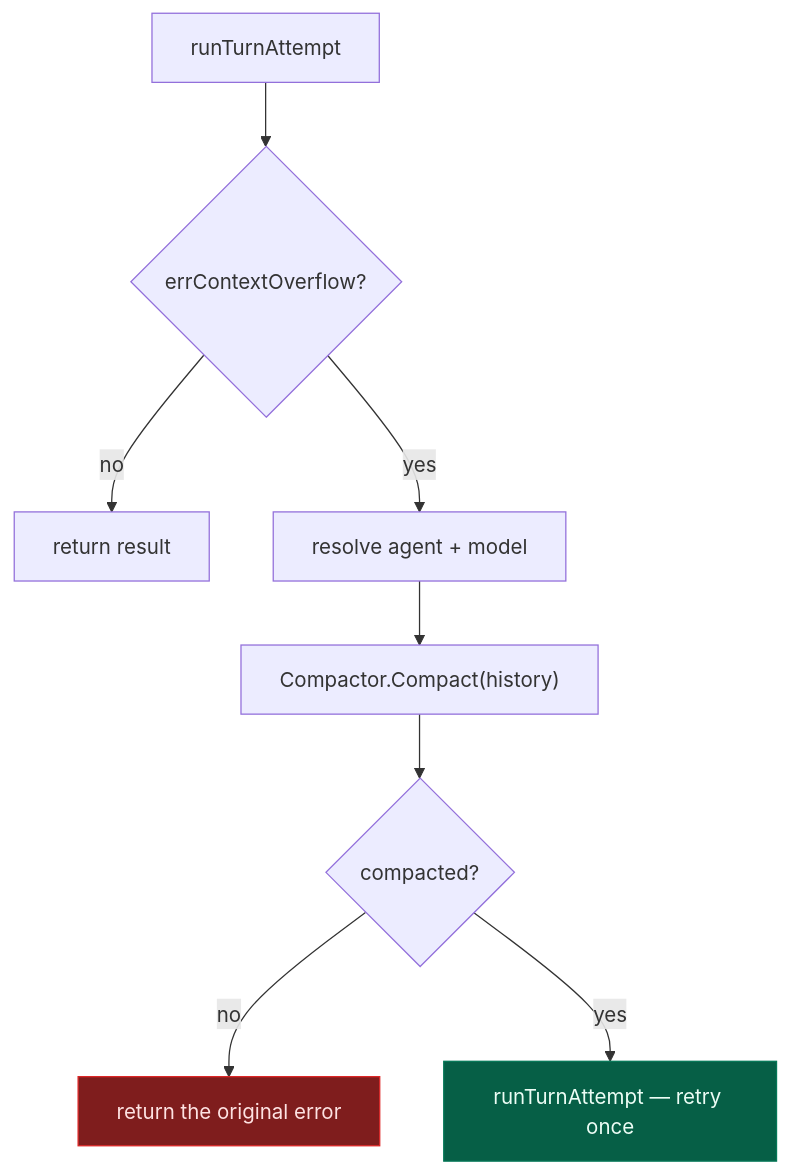
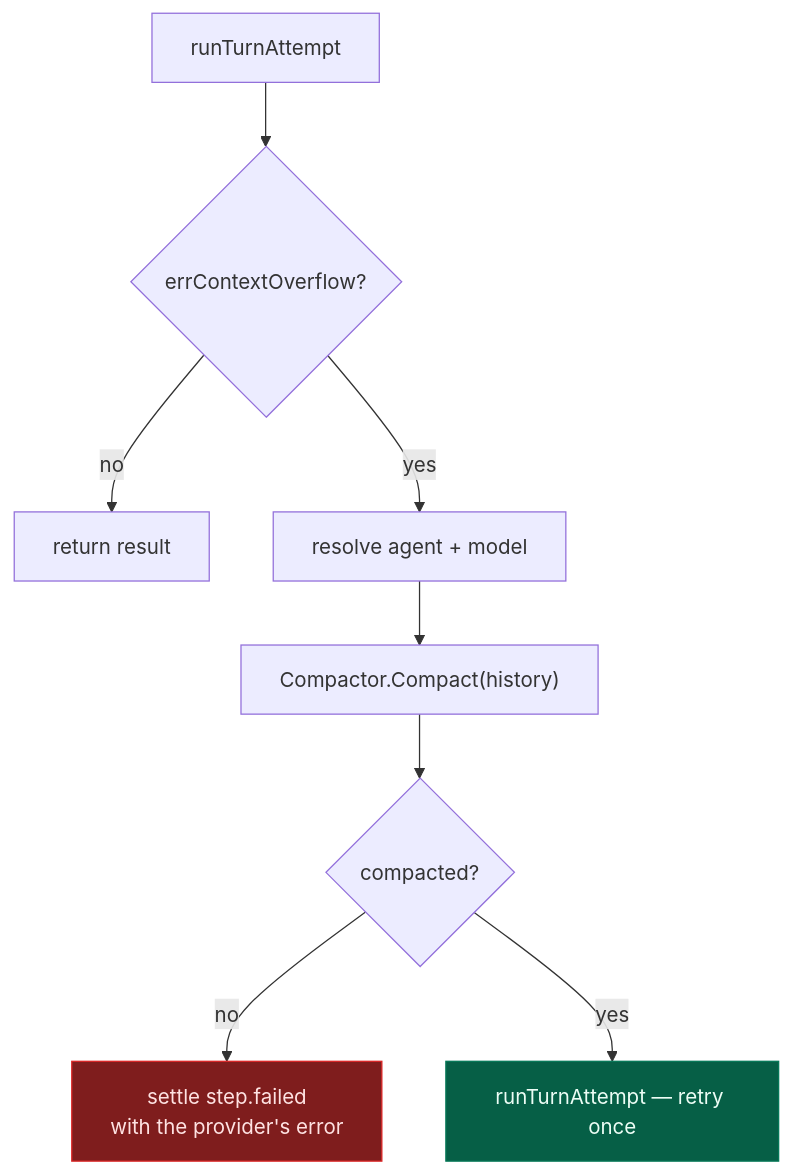
One commit to langazov/gocode changed the third of 5 diagrams in documentation/03-session-runner.md. Above: the diagram before and after it, drawn with Mermaid. The commit also changed other lines of this file and 10 other files, not shown here.

````diff
--- a/documentation/03-session-runner.md
+++ b/documentation/03-session-runner.md
@@ -183,13 +191,13 @@
 ```mermaid
 flowchart TD
   A["runTurnAttempt"] --> B{"errContextOverflow?"}
   B -->|no| Z["return result"]
   B -->|yes| C["resolve agent + model"]
   C --> D["Compactor.Compact(history)"]
   D --> E{"compacted?"}
-  E -->|no| F["return the original error"]
+  E -->|no| F["settle step.failed<br/>with the provider's error"]
   E -->|yes| G["runTurnAttempt — retry once"]
 
   style G fill:#065f46,stroke:#047857,color:#ecfdf5
   style F fill:#7f1d1d,stroke:#dc2626,color:#fee2e2
 ```
````
